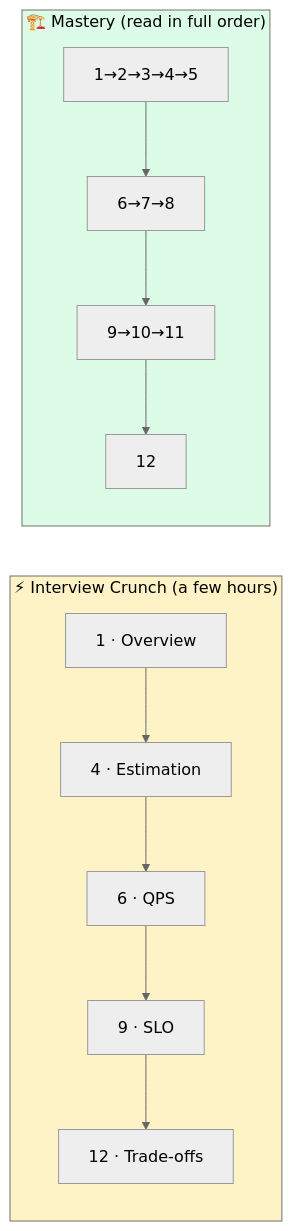
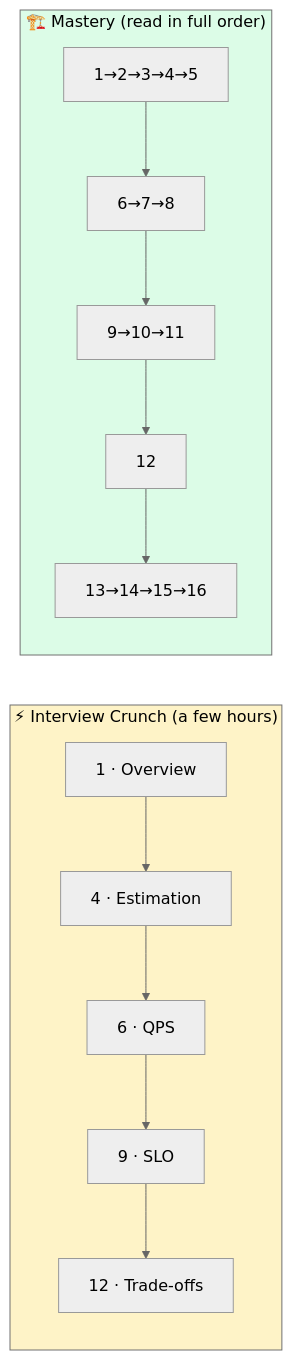
The second of 2 diagrams in 01_Planning_Foundations/README.md (asishjagana/Interview-Prep-Dump), drawn with Mermaid (neutral theme) before and after one commit. The commit also changed other lines of this file and 10 other files, not shown here.

````diff
--- a/01_Planning_Foundations/README.md
+++ b/01_Planning_Foundations/README.md
@@ -78,11 +93,11 @@
 ```mermaid
 flowchart LR
     subgraph FAST["⚡ Interview Crunch (a few hours)"]
         F1["1 · Overview"] --> F2["4 · Estimation"] --> F3["6 · QPS"] --> F4["9 · SLO"] --> F5["12 · Trade-offs"]
     end
     subgraph DEEP["🏗️ Mastery (read in full order)"]
-        D1["1→2→3→4→5"] --> D2["6→7→8"] --> D3["9→10→11"] --> D4["12"]
+        D1["1→2→3→4→5"] --> D2["6→7→8"] --> D3["9→10→11"] --> D4["12"] --> D5["13→14→15→16"]
     end
     style FAST fill:#fef3c7,color:#000
     style DEEP fill:#dcfce7,color:#000
 ```
````
